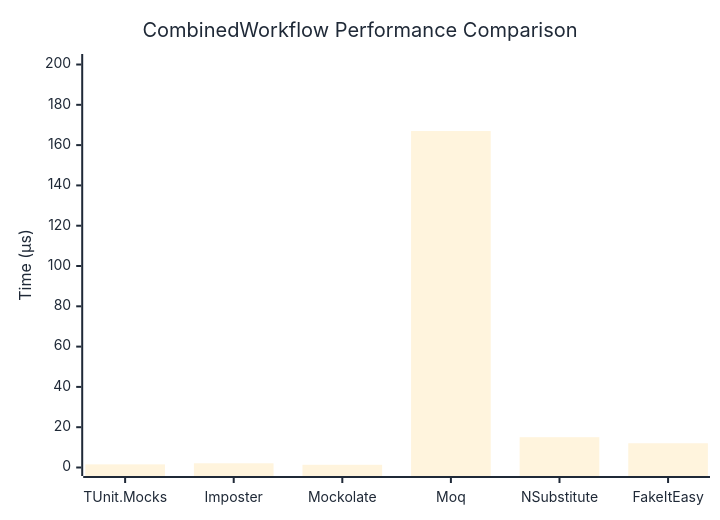
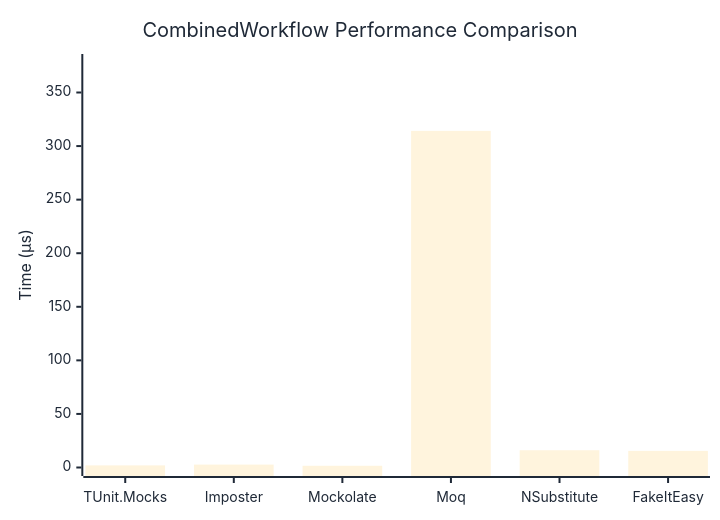
The diagram in docs/docs/benchmarks/mocks/CombinedWorkflow.md (thomhurst/TUnit), drawn with Mermaid before and after one commit. The commit also changed other lines of this file and 14 other files, not shown here.

````diff
--- a/docs/docs/benchmarks/mocks/CombinedWorkflow.md
+++ b/docs/docs/benchmarks/mocks/CombinedWorkflow.md
@@ -30,27 +30,27 @@
 ```mermaid
 %%{init: {
   'theme':'base',
   'themeVariables': {
     'primaryColor': '#2563eb',
     'primaryTextColor': '#1f2937',
     'primaryBorderColor': '#1e40af',
     'lineColor': '#6b7280',
     'secondaryColor': '#7c3aed',
     'tertiaryColor': '#dc2626',
     'background': '#ffffff',
     'pie1': '#2563eb',
     'pie2': '#7c3aed',
     'pie3': '#dc2626',
     'pie4': '#f59e0b',
     'pie5': '#10b981',
     'pie6': '#06b6d4',
     'pie7': '#ec4899',
     'pie8': '#6366f1'
   }
 }}%%
 xychart-beta
   title "CombinedWorkflow Performance Comparison"
   x-axis ["TUnit.Mocks", "Imposter", "Mockolate", "Moq", "NSubstitute", "FakeItEasy"]
-  y-axis "Time (μs)" 0 --> 201
-  bar [1.553, 2.096, 1.345, 166.988, 15.046, 12.035]
+  y-axis "Time (μs)" 0 --> 378
+  bar [1.964, 2.713, 1.616, 314.176, 16.11, 15.518]
 ```
````
